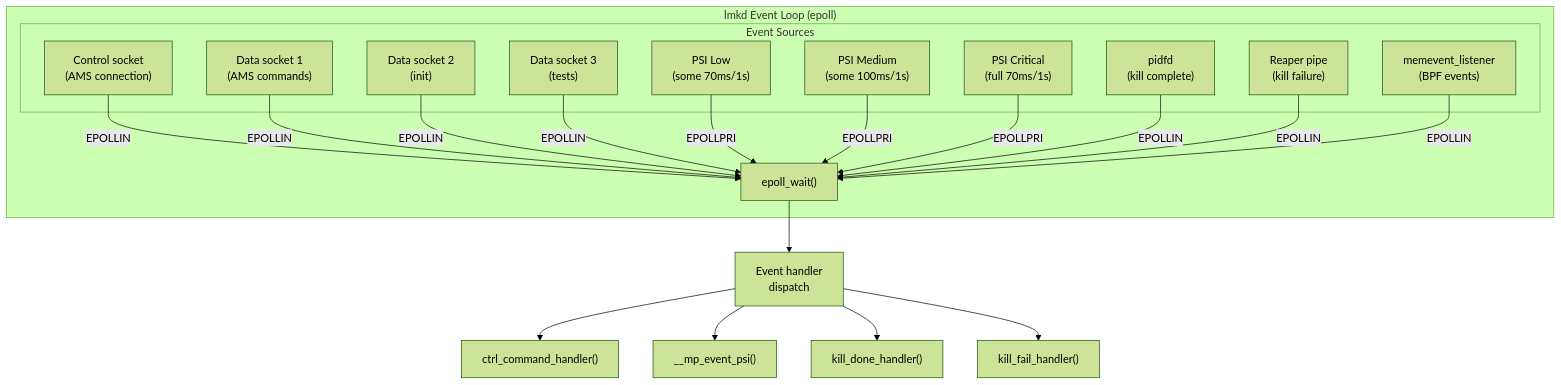
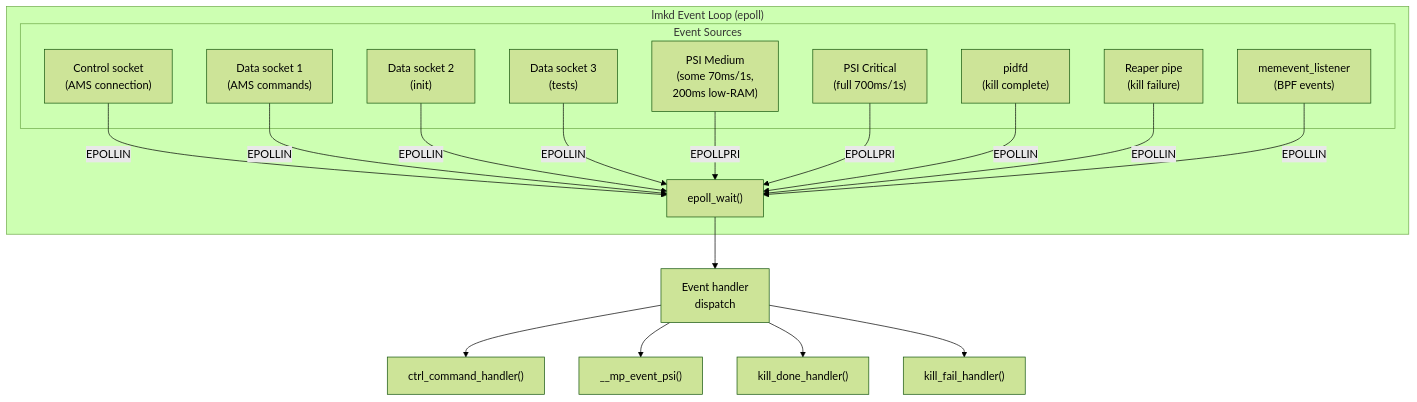
One commit to aospbooks/aosp-internal-book changed the tenth of 36 diagrams in agents/claude/skills/aosp-native-foundation/08-memory-management.md. Above: the diagram before and after it, drawn with Mermaid (forest theme). The commit also changed other lines of this file and 218 other files, not shown here.

````diff
--- a/agents/claude/skills/aosp-native-foundation/08-memory-management.md
+++ b/agents/claude/skills/aosp-native-foundation/08-memory-management.md
@@ -1238,36 +1283,34 @@
 ```mermaid
 graph TD
     subgraph "lmkd Event Loop (epoll)"
         EPoll["epoll_wait()"]
 
         subgraph "Event Sources"
             CtrlSock["Control socket<br/>(AMS connection)"]
             DataSock1["Data socket 1<br/>(AMS commands)"]
             DataSock2["Data socket 2<br/>(init)"]
             DataSock3["Data socket 3<br/>(tests)"]
-            PSI_Low["PSI Low<br/>(some 70ms/1s)"]
-            PSI_Med["PSI Medium<br/>(some 100ms/1s)"]
-            PSI_Crit["PSI Critical<br/>(full 70ms/1s)"]
+            PSI_Med["PSI Medium<br/>(some 70ms/1s,<br/>200ms low-RAM)"]
+            PSI_Crit["PSI Critical<br/>(full 700ms/1s)"]
             KillDone["pidfd<br/>(kill complete)"]
             KillFail["Reaper pipe<br/>(kill failure)"]
             MemEvent["memevent_listener<br/>(BPF events)"]
         end
     end
 
     CtrlSock -->|EPOLLIN| EPoll
     DataSock1 -->|EPOLLIN| EPoll
     DataSock2 -->|EPOLLIN| EPoll
     DataSock3 -->|EPOLLIN| EPoll
-    PSI_Low -->|EPOLLPRI| EPoll
     PSI_Med -->|EPOLLPRI| EPoll
     PSI_Crit -->|EPOLLPRI| EPoll
     KillDone -->|EPOLLIN| EPoll
     KillFail -->|EPOLLIN| EPoll
     MemEvent -->|EPOLLIN| EPoll
 
     EPoll --> Handler["Event handler<br/>dispatch"]
     Handler --> CmdH["ctrl_command_handler()"]
     Handler --> PsiH["__mp_event_psi()"]
     Handler --> KillH["kill_done_handler()"]
     Handler --> FailH["kill_fail_handler()"]
 ```
````
